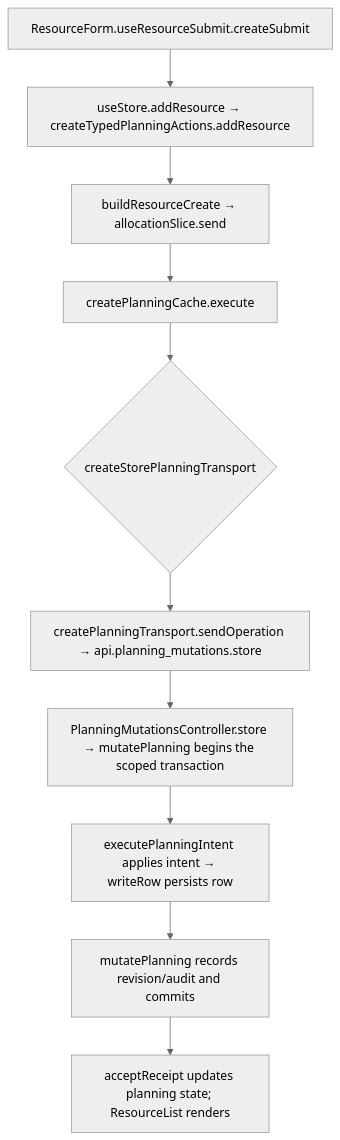
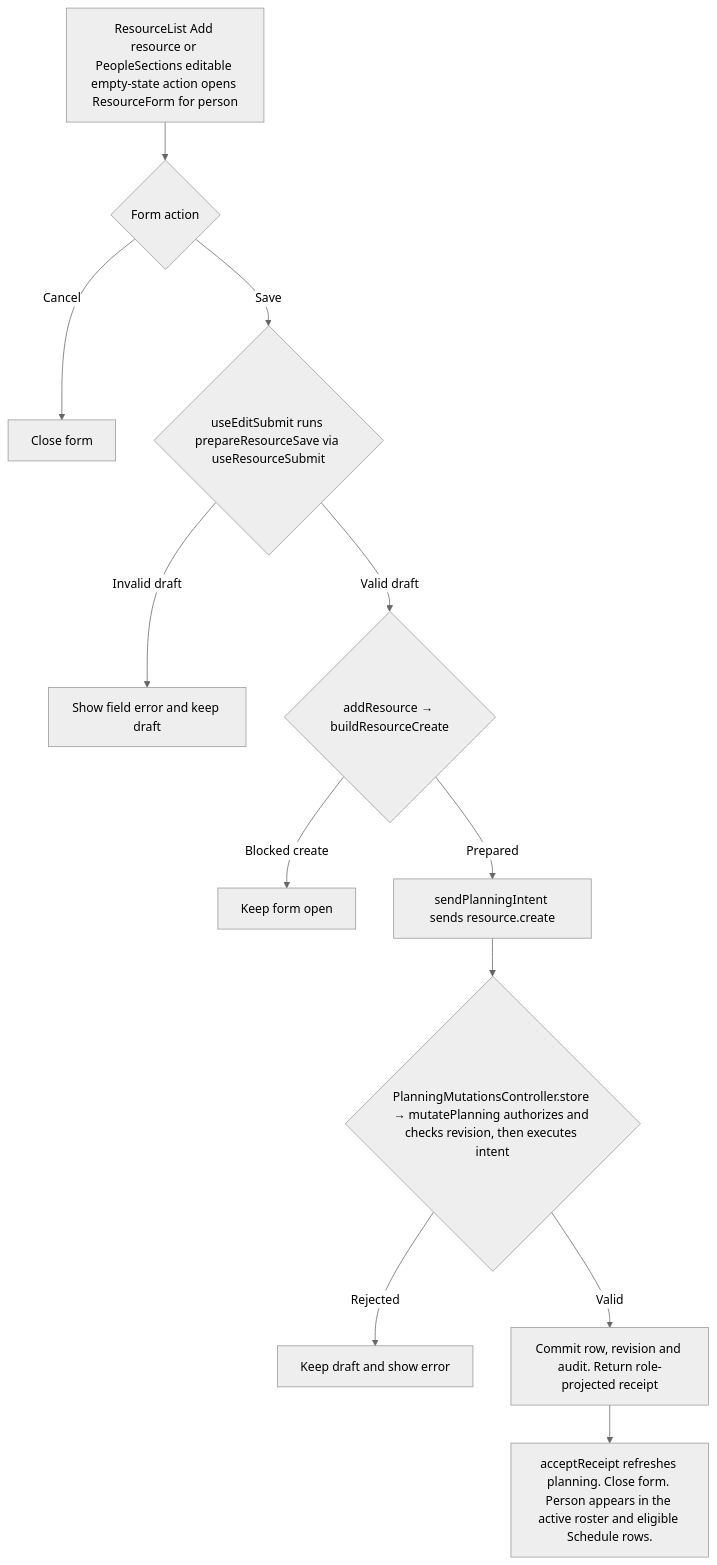
The second of 2 diagrams in user-stories/resources/US-RES-01-add-person.md (Kevinjohn/capacitylens), drawn with Mermaid (neutral theme) before and after one commit. The commit also changed other lines of this file and 172 other files, not shown here.

Commit message:
docs: reconcile user story code flows with source

````diff
--- a/user-stories/resources/US-RES-01-add-person.md
+++ b/user-stories/resources/US-RES-01-add-person.md
@@ -39,8 +39,14 @@
 ```mermaid
 flowchart TD
-  A["ResourceForm.useResourceSubmit.createSubmit"] --> B["useStore.addResource → createTypedPlanningActions.addResource"]
-  B --> C["buildResourceCreate → allocationSlice.send"]
-  C --> D["createPlanningCache.execute"] --> E{"createStorePlanningTransport"}
-  E --> F["createPlanningTransport.sendOperation → api.planning_mutations.store"] --> G["PlanningMutationsController.store → mutatePlanning begins the scoped transaction"]
-  G --> H["executePlanningIntent applies intent → writeRow persists row"] --> K["mutatePlanning records revision/audit and commits"] --> J["acceptReceipt updates planning state; ResourceList renders"]
+  ENTRY["ResourceList Add resource or PeopleSections editable empty-state action opens ResourceForm for person"] --> ACTION{"Form action"}
+  ACTION -->|Cancel| CLOSE["Close form"]
+  ACTION -->|Save| FORM{"useEditSubmit runs prepareResourceSave via useResourceSubmit"}
+  FORM -->|Invalid draft| FIELD["Show field error and keep draft"]
+  FORM -->|Valid draft| CREATE{"addResource → buildResourceCreate"}
+  CREATE -->|Blocked create| OPEN["Keep form open"]
+  CREATE -->|Prepared| SEND["sendPlanningIntent sends resource.create"]
+  SEND --> SERVER{"PlanningMutationsController.store → mutatePlanning authorizes and checks revision, then executes intent"}
+  SERVER -->|Rejected| ERROR["Keep draft and show error"]
+  SERVER -->|Valid| COMMIT["Commit row, revision and audit. Return role-projected receipt"]
+  COMMIT --> DONE["acceptReceipt refreshes planning. Close form. Person appears in the active roster and eligible Schedule rows."]
 ```
````
